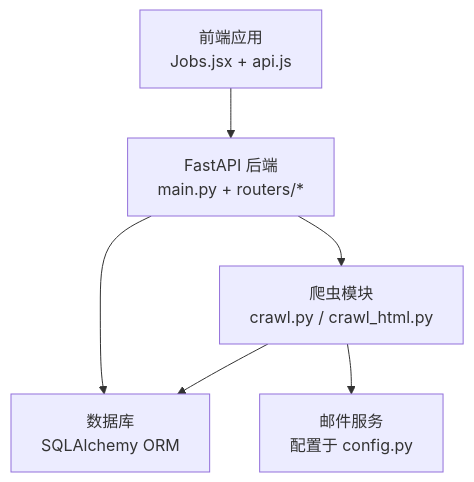
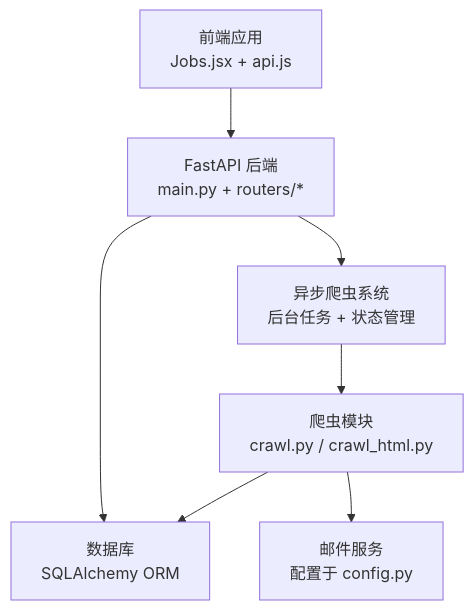
Before and after one commit to henghengZhu-0719/myblog: the second of 11 diagrams in .qoder/repowiki/zh/content/核心功能/招聘信息系统.md, drawn with Mermaid. The commit also changed other lines of this file and 3 other files, not shown here.

````diff
--- a/.qoder/repowiki/zh/content/核心功能/招聘信息系统.md
+++ b/.qoder/repowiki/zh/content/核心功能/招聘信息系统.md
@@ -126,13 +135,15 @@
 ```mermaid
 graph TB
 FE["前端应用<br/>Jobs.jsx + api.js"]
 API["FastAPI 后端<br/>main.py + routers/*"]
 CRAWL["爬虫模块<br/>crawl.py / crawl_html.py"]
 DB["数据库<br/>SQLAlchemy ORM"]
 MAIL["邮件服务<br/>配置于 config.py"]
+ASYNCCRAWL["异步爬虫系统<br/>后台任务 + 状态管理"]
 FE --> API
-API --> CRAWL
+API --> ASYNCCRAWL
+ASYNCCRAWL --> CRAWL
 CRAWL --> DB
 API --> DB
 CRAWL --> MAIL
 ```
````
